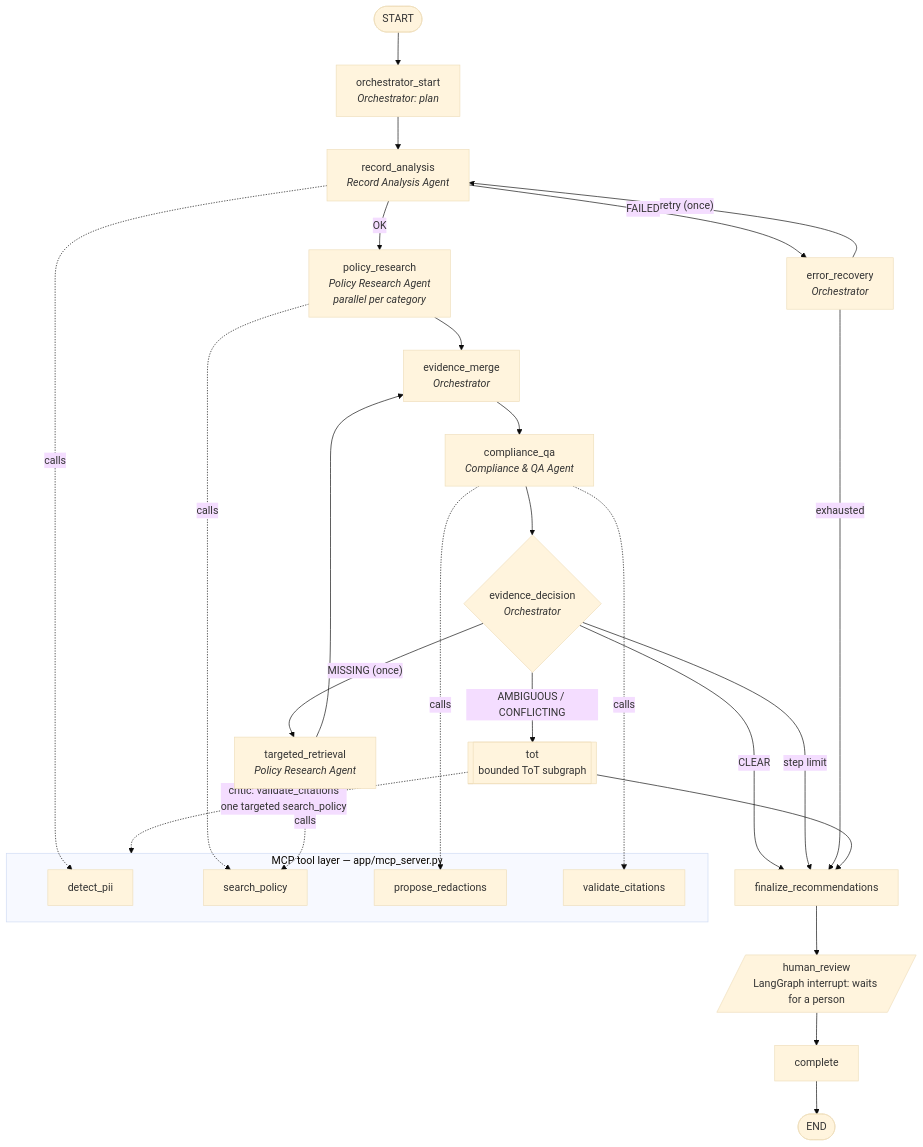
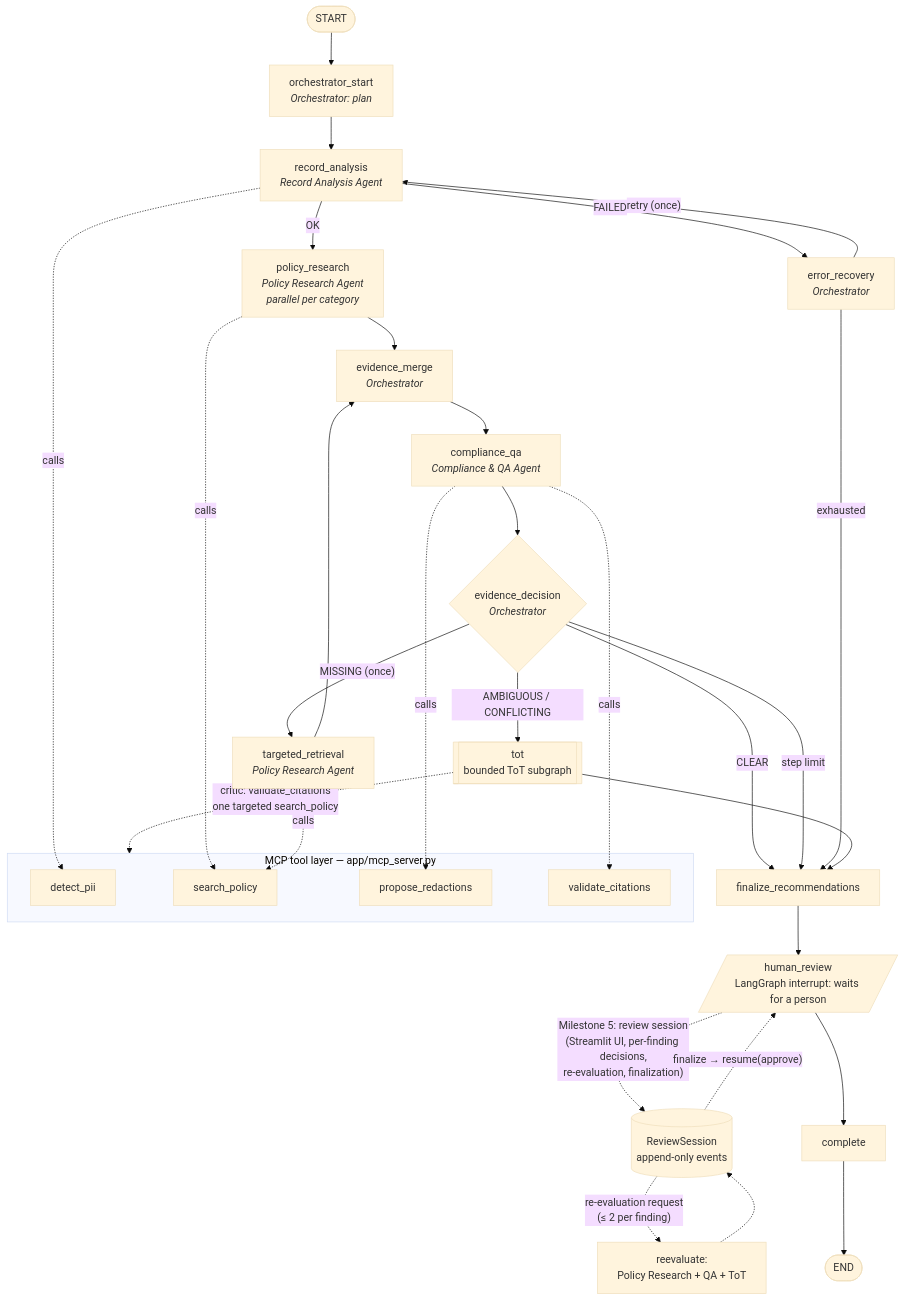
Before and after one commit to yetish-tekavi/public-records-agent: the diagram in docs/milestone_4/architecture.md, drawn with Mermaid (base theme). The commit also changed 28 other files, not shown here.

First line of the commit message:
Milestone 5: human review, re-evaluation, deterministic redaction, and audit

````diff
--- a/docs/milestone_4/architecture.md
+++ b/docs/milestone_4/architecture.md
@@ -13,33 +13,37 @@
 ```mermaid
 flowchart TD
     S([START]) --> O1[orchestrator_start<br/><i>Orchestrator: plan</i>]
     O1 --> RA[record_analysis<br/><i>Record Analysis Agent</i>]
     RA -- FAILED --> ER[error_recovery<br/><i>Orchestrator</i>]
     RA -- OK --> PR[policy_research<br/><i>Policy Research Agent<br/>parallel per category</i>]
     PR --> EM[evidence_merge<br/><i>Orchestrator</i>]
     EM --> QA[compliance_qa<br/><i>Compliance & QA Agent</i>]
     QA --> ED{evidence_decision<br/><i>Orchestrator</i>}
     ED -- CLEAR --> FR[finalize_recommendations]
     ED -- "AMBIGUOUS / CONFLICTING" --> TOT[[tot<br/>bounded ToT subgraph]]
     ED -- "MISSING (once)" --> TR[targeted_retrieval<br/><i>Policy Research Agent</i>]
     ED -- "step limit" --> FR
     TR --> EM
     ER -- "retry (once)" --> RA
     ER -- exhausted --> FR
     TOT --> FR
     FR --> HR[/human_review<br/>LangGraph interrupt: waits for a person/]
+    HR -. "Milestone 5: review session<br/>(Streamlit UI, per-finding decisions,<br/>re-evaluation, finalization)" .-> RS[(ReviewSession<br/>append-only events)]
+    RS -. "re-evaluation request<br/>(≤ 2 per finding)" .-> RE[reevaluate:<br/>Policy Research + QA + ToT]
+    RE -.-> RS
+    RS -. "finalize → resume(approve)" .-> HR
     HR --> C[complete] --> E([END])
 
     subgraph MCP [MCP tool layer — app/mcp_server.py]
         T1[detect_pii]
         T2[search_policy]
         T3[propose_redactions]
         T4[validate_citations]
     end
     RA -. calls .-> T1
     PR -. calls .-> T2
     TR -. calls .-> T2
     QA -. calls .-> T3
     QA -. calls .-> T4
     TOT -. "critic: validate_citations<br/>one targeted search_policy" .-> MCP
 ```
````
